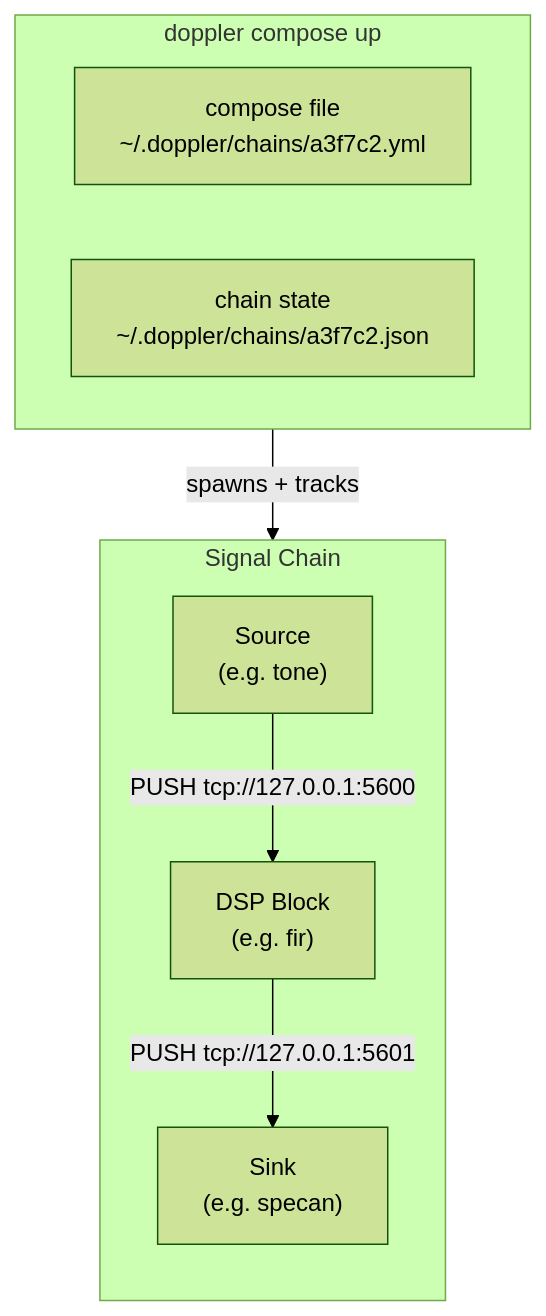
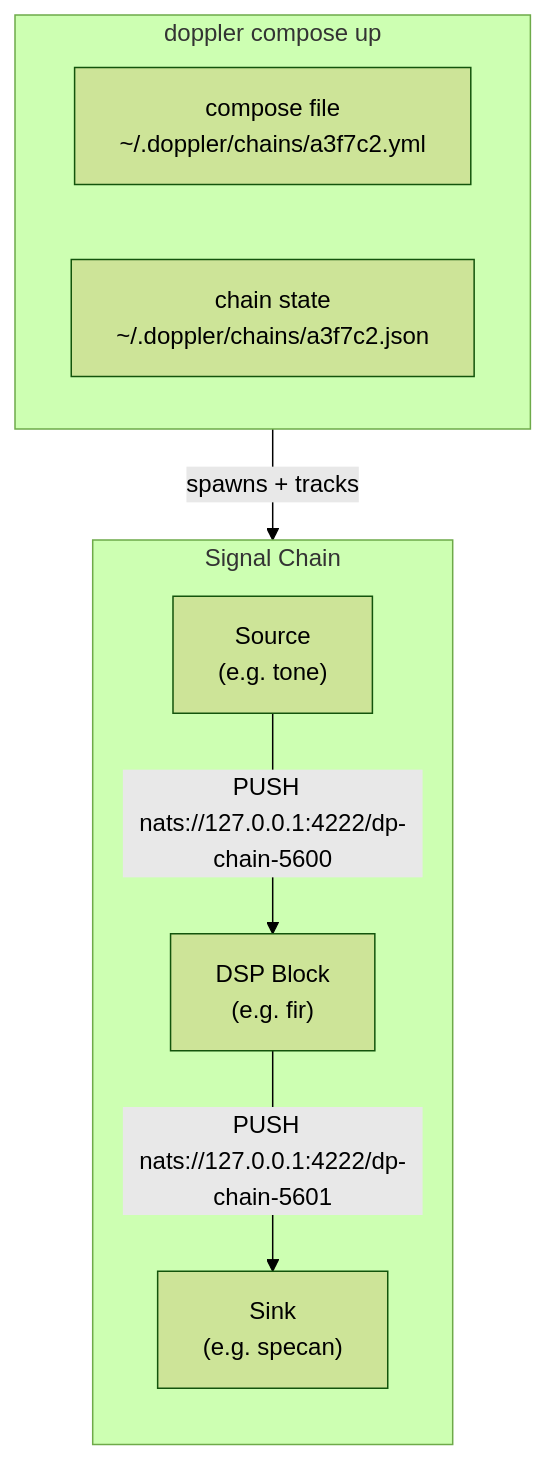
The first of 2 diagrams in docs/cli/index.md (doppler-dsp/doppler), drawn with Mermaid (forest theme) before and after one commit. The commit also changed other lines of this file and 1119 other files, not shown here.

````diff
--- a/docs/cli/index.md
+++ b/docs/cli/index.md
@@ -43,19 +44,19 @@
 ```mermaid
 flowchart TB
     subgraph Runner ["doppler compose up"]
         CFG["compose file\n~/.doppler/chains/a3f7c2.yml"]
         STATE["chain state\n~/.doppler/chains/a3f7c2.json"]
     end
 
     subgraph Pipeline ["Signal Chain"]
         direction TB
         SRC["Source\n(e.g. tone)"]
         DSP["DSP Block\n(e.g. fir)"]
         SINK["Sink\n(e.g. specan)"]
 
-        SRC -- "PUSH  tcp://127.0.0.1:5600" --> DSP
-        DSP -- "PUSH  tcp://127.0.0.1:5601" --> SINK
+        SRC -- "PUSH  nats://127.0.0.1:4222/dp-chain-5600" --> DSP
+        DSP -- "PUSH  nats://127.0.0.1:4222/dp-chain-5601" --> SINK
     end
 
     Runner -- "spawns + tracks" --> Pipeline
 ```
````
